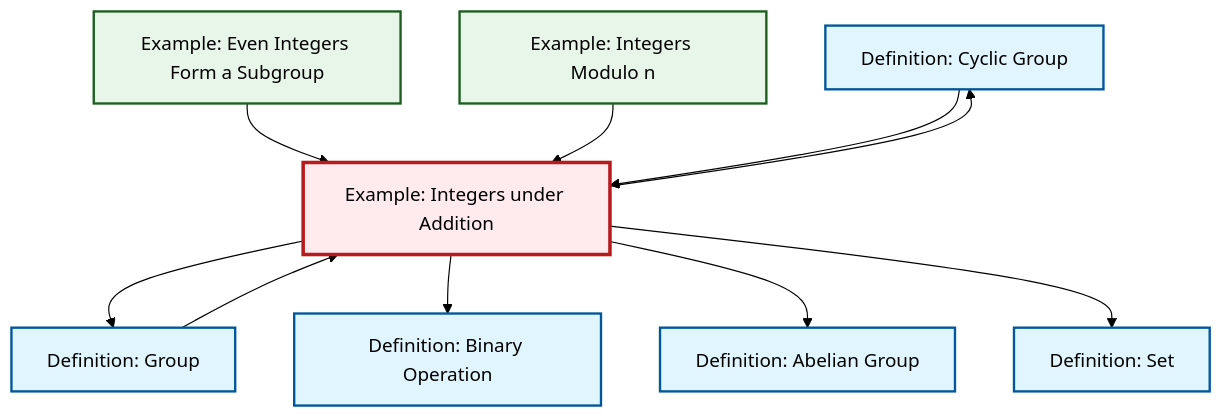
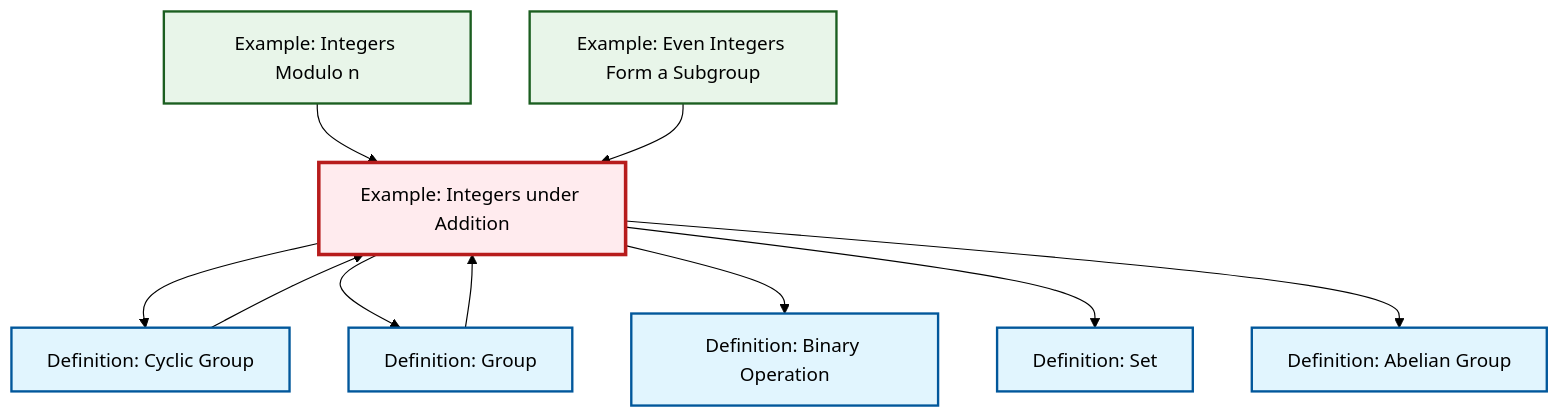
The diagram in content/ja/algebra/ex-integers-addition.qmd (RK0429/ModernMath), drawn with Mermaid (forest theme) before and after one commit. The commit also changed other lines of this file and 360 other files, not shown here.

````diff
--- a/content/ja/algebra/ex-integers-addition.qmd
+++ b/content/ja/algebra/ex-integers-addition.qmd
@@ -74,34 +74,34 @@
 ```{mermaid}
 %%| fig-cap: "Local dependency graph"
 graph TD
     classDef definition fill:#e1f5fe,stroke:#01579b,stroke-width:2px
     classDef theorem fill:#f3e5f5,stroke:#4a148c,stroke-width:2px
     classDef axiom fill:#fff3e0,stroke:#e65100,stroke-width:2px
     classDef example fill:#e8f5e9,stroke:#1b5e20,stroke-width:2px
     classDef current fill:#ffebee,stroke:#b71c1c,stroke-width:3px
+    ex-even-integers-subgroup["Example: Even Integers Form a Subgroup"]:::example
+    ex-integers-addition["Example: Integers under Addition"]:::example
+    def-abelian-group["Definition: Abelian Group"]:::definition
+    ex-quotient-integers-mod-n["Example: Integers Modulo n"]:::example
+    def-set["Definition: Set"]:::definition
+    def-cyclic-group["Definition: Cyclic Group"]:::definition
+    def-group["Definition: Group"]:::definition
     def-binary-operation["Definition: Binary Operation"]:::definition
-    def-abelian-group["Definition: Abelian Group"]:::definition
-    def-cyclic-group["Definition: Cyclic Group"]:::definition
-    ex-even-integers-subgroup["Example: Even Integers Form a Subgroup"]:::example
-    def-group["Definition: Group"]:::definition
-    ex-integers-addition["Example: Integers under Addition"]:::example
-    def-set["Definition: Set"]:::definition
-    ex-quotient-integers-mod-n["Example: Integers Modulo n"]:::example
+    def-cyclic-group --> ex-integers-addition
+    ex-quotient-integers-mod-n --> ex-integers-addition
+    def-group --> ex-integers-addition
+    ex-integers-addition --> def-cyclic-group
     ex-even-integers-subgroup --> ex-integers-addition
     ex-integers-addition --> def-group
-    def-group --> ex-integers-addition
     ex-integers-addition --> def-binary-operation
-    ex-quotient-integers-mod-n --> ex-integers-addition
+    ex-integers-addition --> def-set
     ex-integers-addition --> def-abelian-group
-    def-cyclic-group --> ex-integers-addition
-    ex-integers-addition --> def-set
-    ex-integers-addition --> def-cyclic-group
     class ex-integers-addition current
+    click ex-even-integers-subgroup "ex-even-integers-subgroup.html" "Example: Even Integers Form a Subgroupへ"
+    click def-abelian-group "def-abelian-group.html" "Definition: Abelian Groupへ"
+    click ex-quotient-integers-mod-n "ex-quotient-integers-mod-n.html" "Example: Integers Modulo nへ"
+    click def-set "def-set.html" "Definition: Setへ"
+    click def-cyclic-group "def-cyclic-group.html" "Definition: Cyclic Groupへ"
+    click def-group "def-group.html" "Definition: Groupへ"
     click def-binary-operation "def-binary-operation.html" "Definition: Binary Operationへ"
-    click def-abelian-group "def-abelian-group.html" "Definition: Abelian Groupへ"
-    click def-cyclic-group "def-cyclic-group.html" "Definition: Cyclic Groupへ"
-    click ex-even-integers-subgroup "ex-even-integers-subgroup.html" "Example: Even Integers Form a Subgroupへ"
-    click def-group "def-group.html" "Definition: Groupへ"
-    click def-set "def-set.html" "Definition: Setへ"
-    click ex-quotient-integers-mod-n "ex-quotient-integers-mod-n.html" "Example: Integers Modulo nへ"
 ```
````
